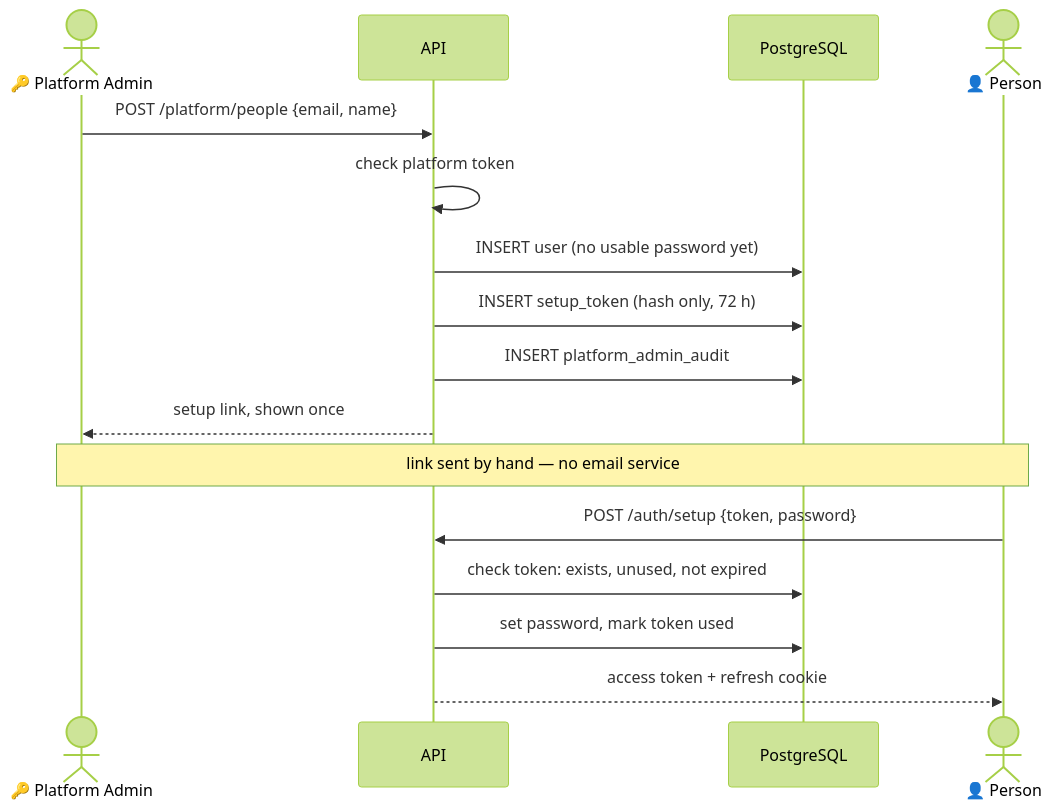
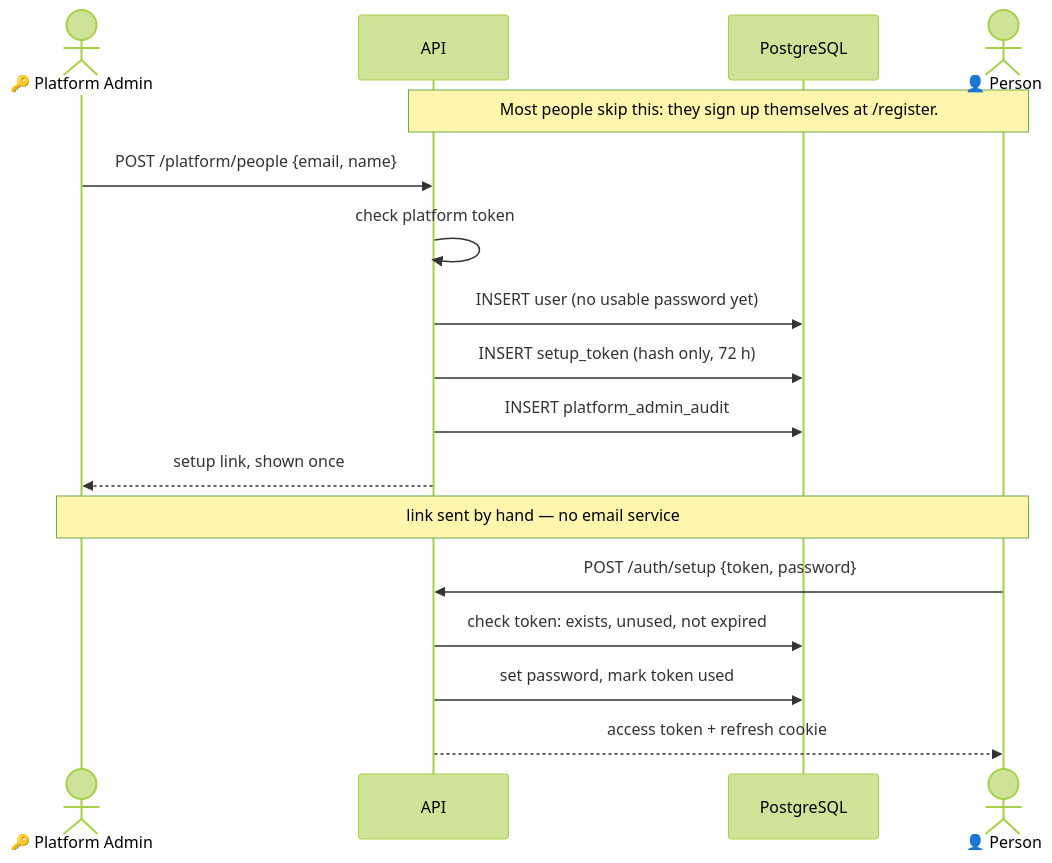
The seventh of 12 diagrams in docs/HLD.md (dharaneechinnu/ai-employee-platform), drawn with Mermaid (forest theme) before and after one commit. The commit also changed other lines of this file and 84 other files, not shown here.

````diff
--- a/docs/HLD.md
+++ b/docs/HLD.md
@@ -470,21 +476,23 @@
 ```mermaid
 sequenceDiagram
     actor PA as 🔑 Platform Admin
     participant API
     participant DB as PostgreSQL
     actor P as 👤 Person
+
+    Note over P,API: Most people skip this: they sign up themselves at /register.
 
     PA->>API: POST /platform/people {email, name}
     API->>API: check platform token
     API->>DB: INSERT user (no usable password yet)
     API->>DB: INSERT setup_token (hash only, 72 h)
     API->>DB: INSERT platform_admin_audit
     API-->>PA: setup link, shown once
 
     Note over PA,P: link sent by hand — no email service
 
     P->>API: POST /auth/setup {token, password}
     API->>DB: check token: exists, unused, not expired
     API->>DB: set password, mark token used
     API-->>P: access token + refresh cookie
 ```
````
